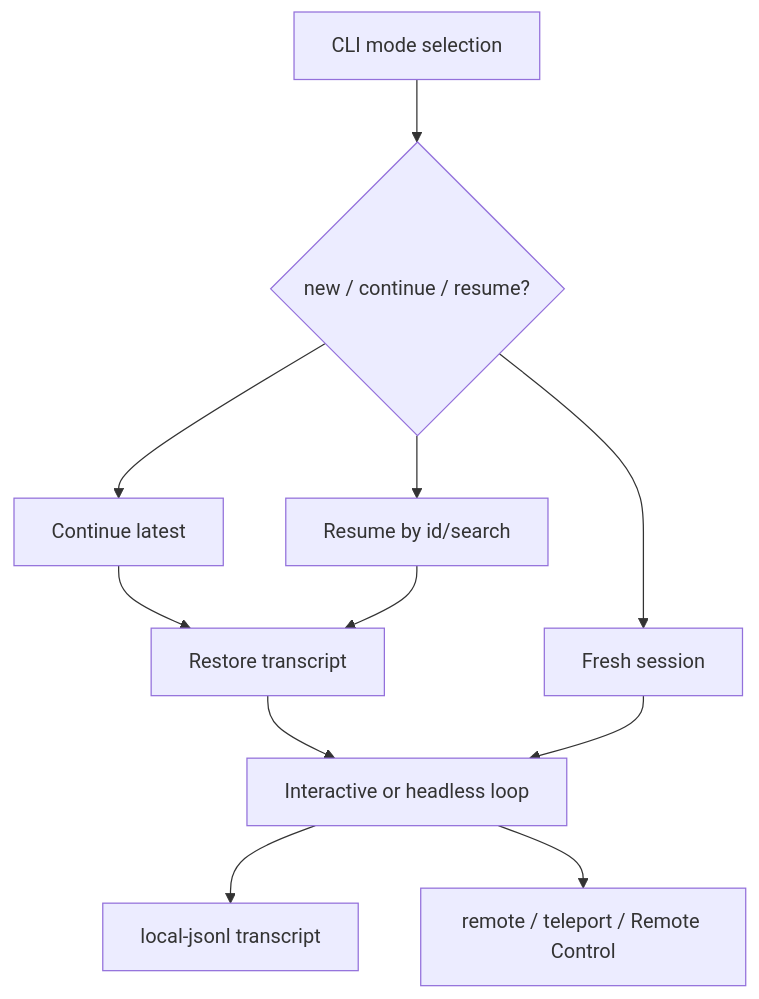
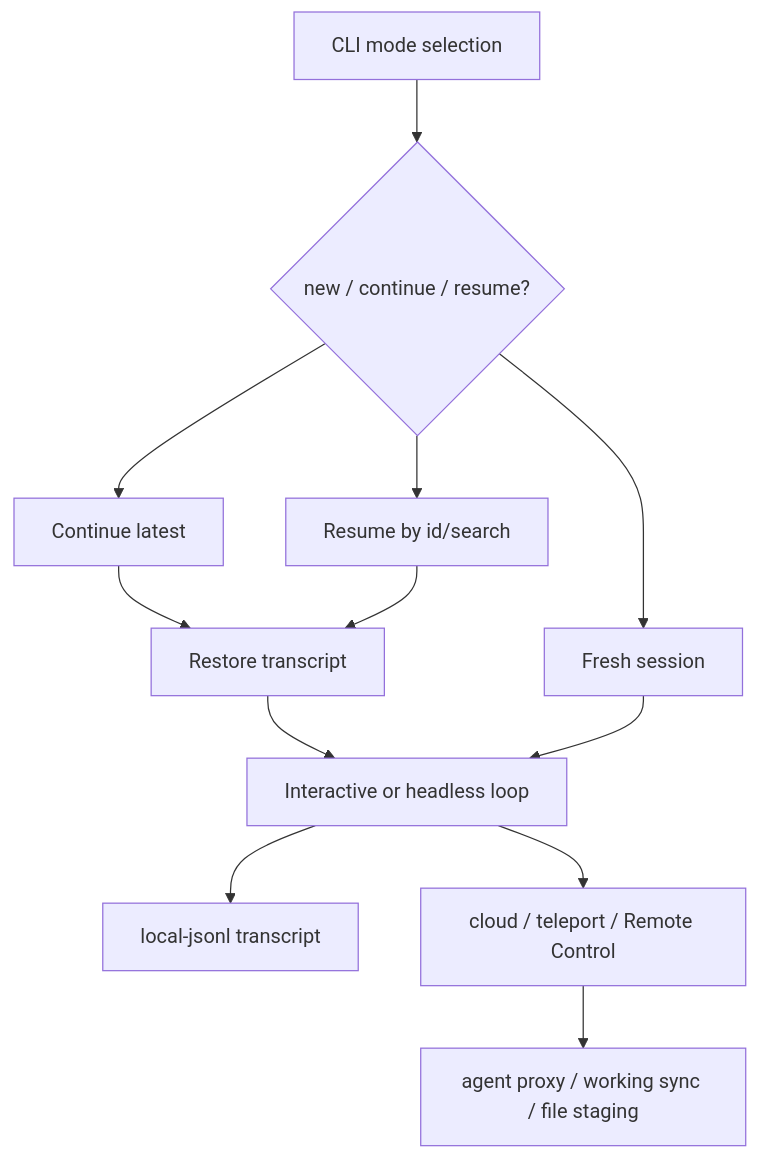
The diagram in docs/04-sessions-persistence-remote/README.md (vibewatch/claude-code-internals), drawn with Mermaid before and after one commit. The commit also changed other lines of this file and 34 other files, not shown here.

````diff
--- a/docs/04-sessions-persistence-remote/README.md
+++ b/docs/04-sessions-persistence-remote/README.md
@@ -18,13 +18,14 @@
 ```mermaid
 flowchart TD
     Startup[CLI mode selection] --> NewOrResume{new / continue / resume?}
     NewOrResume --> New[Fresh session]
     NewOrResume --> Continue[Continue latest]
     NewOrResume --> Resume[Resume by id/search]
     Continue --> Restore[Restore transcript]
     Resume --> Restore
     Restore --> Loop[Interactive or headless loop]
     New --> Loop
     Loop --> Jsonl[local-jsonl transcript]
-    Loop --> Remote[remote / teleport / Remote Control]
+    Loop --> Remote[cloud / teleport / Remote Control]
+    Remote --> DataPlane[agent proxy / working sync / file staging]
 ```
````
